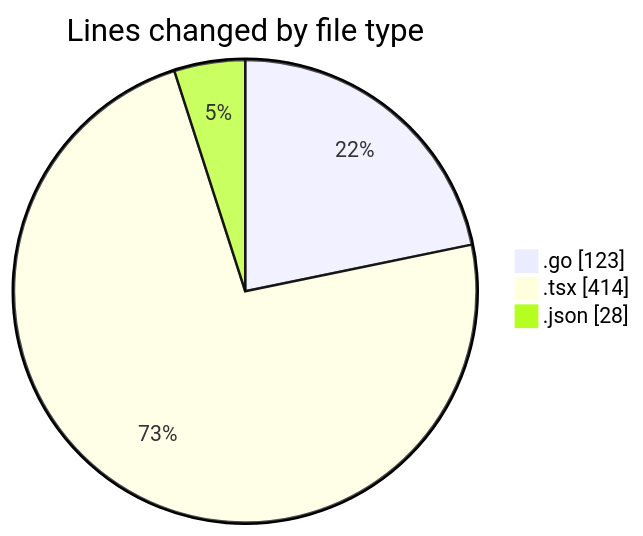
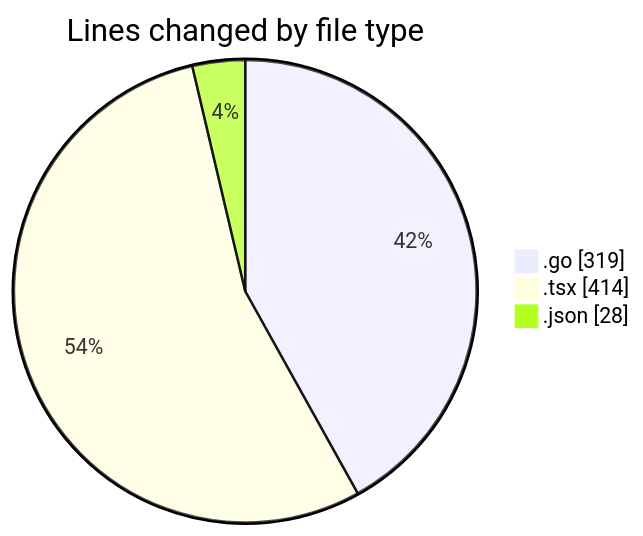
The first of 2 diagrams in 2025-03-03/termonied_testador/README.md (robertbonfada/code-tracking), drawn with Mermaid before and after one commit. The commit also changed other lines of this file and 1 other file, not shown here.

````diff
--- a/2025-03-03/termonied_testador/README.md
+++ b/2025-03-03/termonied_testador/README.md
@@ -22,7 +23,7 @@
 ```mermaid
 pie showData
 title Lines changed by file type
-".go" : 123
+".go" : 319
 ".tsx" : 414
 ".json" : 28
 ```
````
